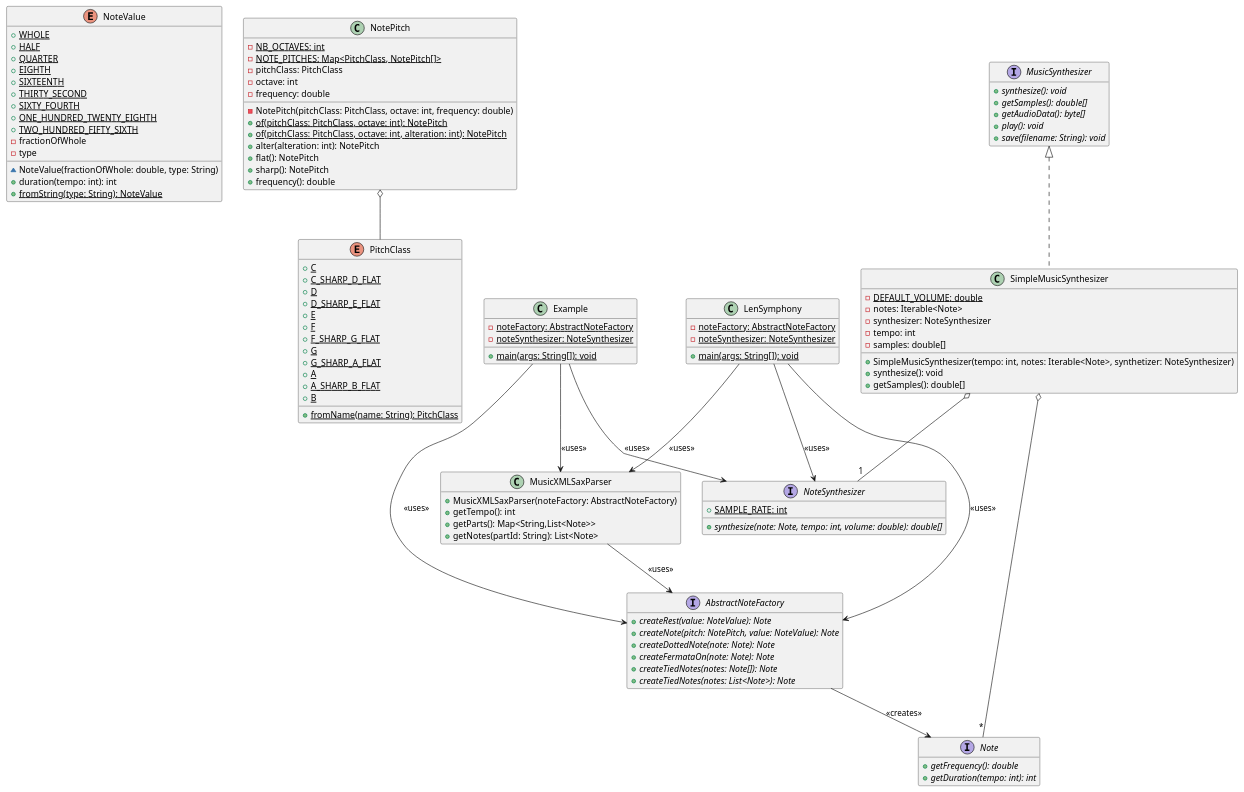
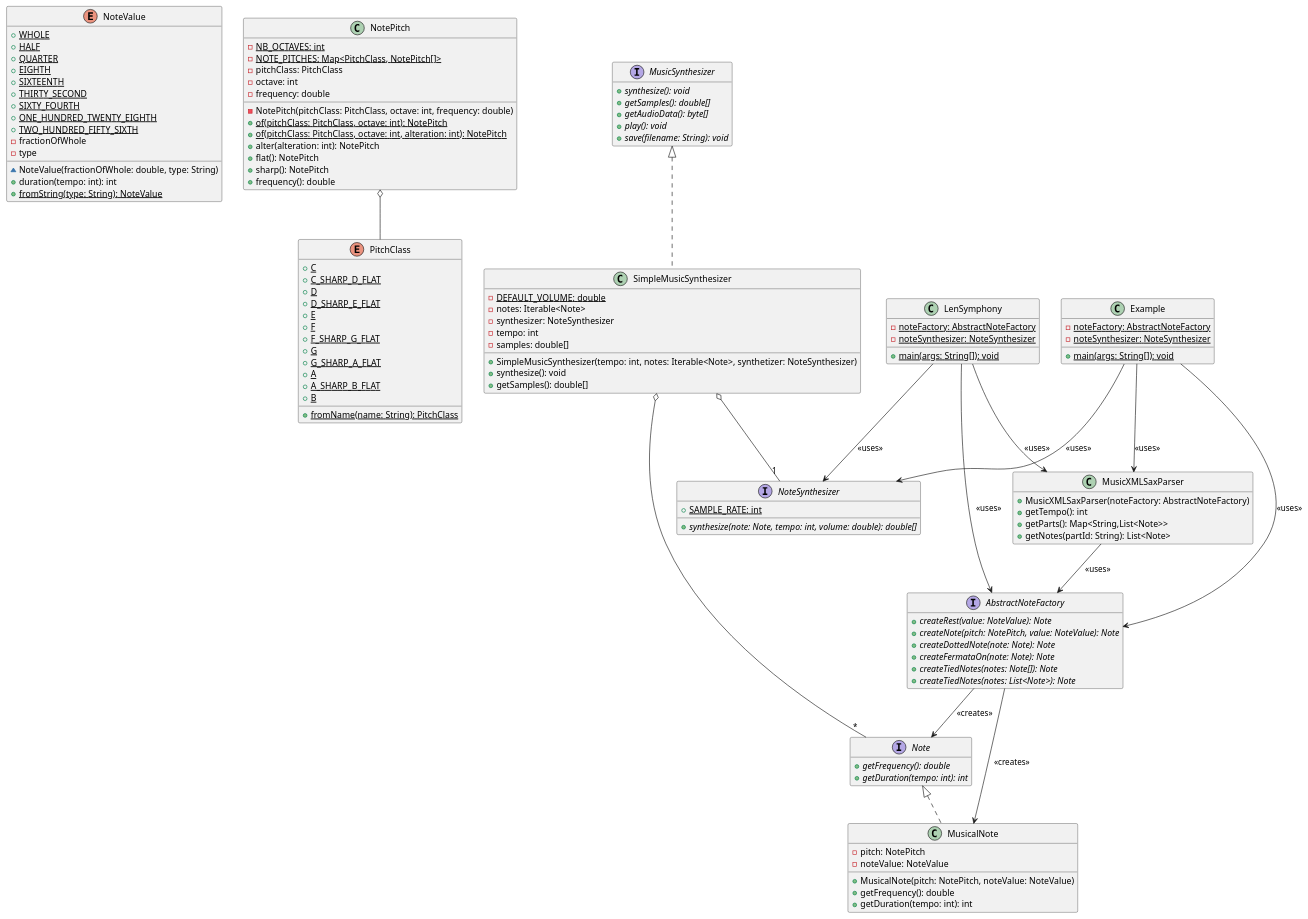
The diagram in README.md (Flamaiche/lensymphony), drawn with PlantUML before and after one commit.

Commit message:
Modification du diagramme de classe (Sprint 1 ticket #6)

````diff
--- a/README.md
+++ b/README.md
@@ -71,6 +71,17 @@
     + {abstract} getFrequency(): double
     + {abstract} getDuration(tempo: int): int
 }
+
+class MusicalNote implements Note {
+    - pitch: NotePitch
+    - noteValue: NoteValue
+    + MusicalNote(pitch: NotePitch, noteValue: NoteValue)
+    + getFrequency(): double
+    + getDuration(tempo: int): int
+
+}
+
+
 
 interface AbstractNoteFactory {
     + {abstract} createRest(value: NoteValue): Note
@@ -151,4 +162,5 @@
 LenSymphony --> AbstractNoteFactory : << uses >>
 LenSymphony --> MusicXMLSaxParser : << uses >>
 LenSymphony --> NoteSynthesizer : << uses >>
+AbstractNoteFactory --> MusicalNote : << creates >>
 ```
````
